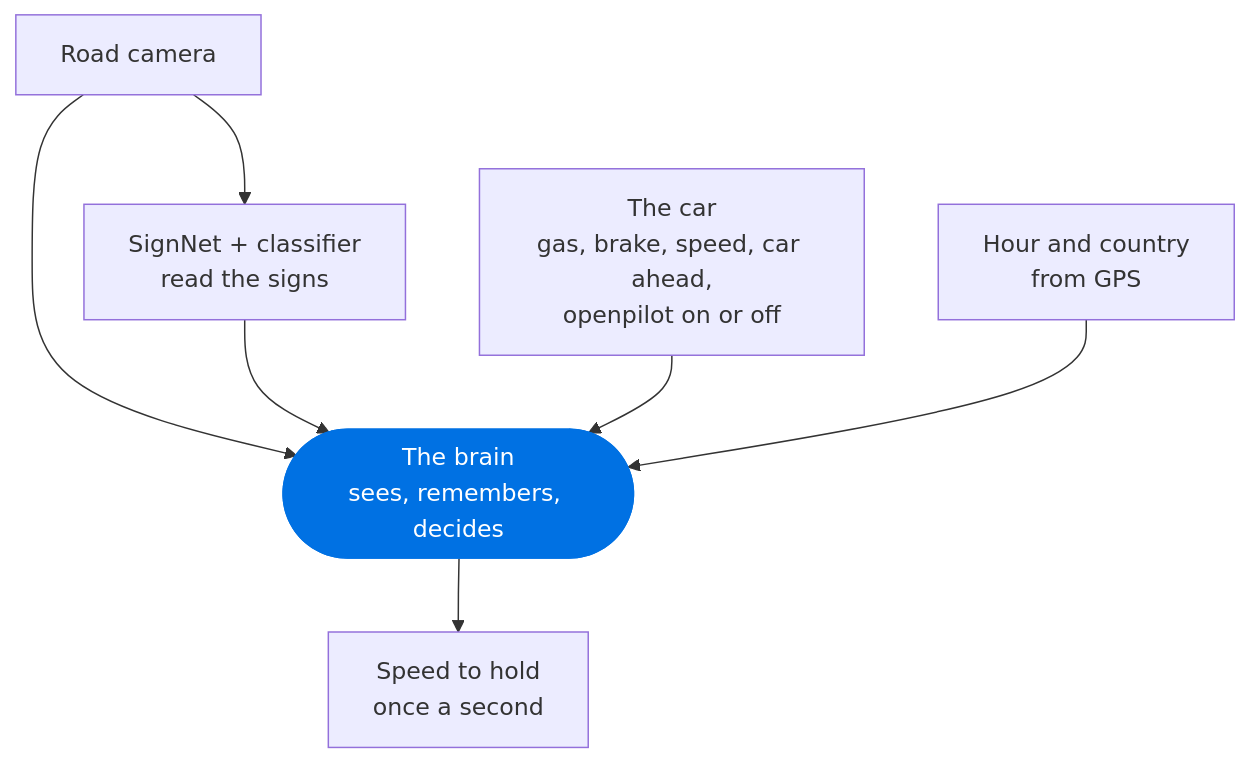
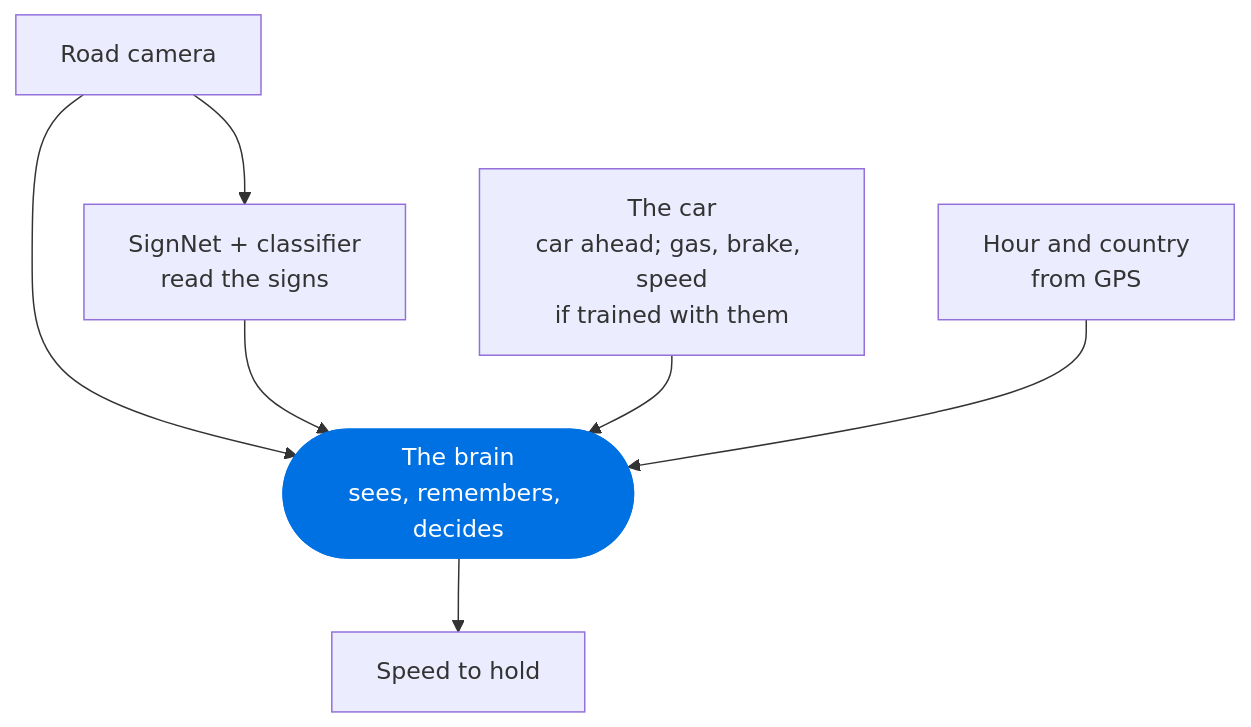
The first of 3 diagrams in README.md (cristianku/sunnypilot.speedlimits), drawn with Mermaid before and after one commit. The commit also changed other lines of this file and 56 other files, not shown here.

First line of the commit message:
Speed review: his own speed is the answer, blocks the only correction; brain on 1 km/h, next limit from Sign review

````diff
--- a/README.md
+++ b/README.md
@@ -25,11 +25,11 @@
 ```mermaid
 flowchart TD
   cam["Road camera"] --> read["SignNet + classifier<br/>read the signs"]
   cam --> brain
   read --> brain
-  car["The car<br/>gas, brake, speed, car ahead,<br/>openpilot on or off"] --> brain
+  car["The car<br/>car ahead; gas, brake, speed<br/>if trained with them"] --> brain
   gps["Hour and country<br/>from GPS"] --> brain
-  brain(["The brain<br/>sees, remembers, decides"]) --> out["Speed to hold<br/>once a second"]
+  brain(["The brain<br/>sees, remembers, decides"]) --> out["Speed to hold"]
   classDef hero fill:#0071e3,stroke:#0071e3,color:#ffffff
   class brain hero
 ```
````
